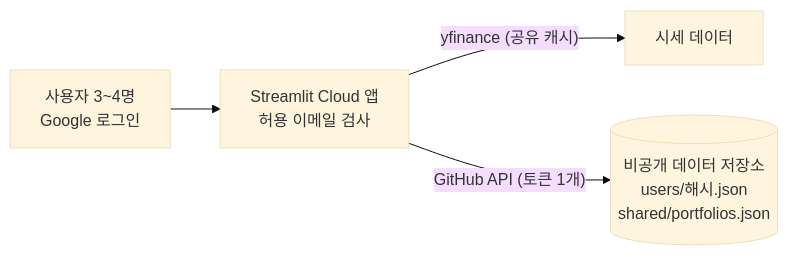
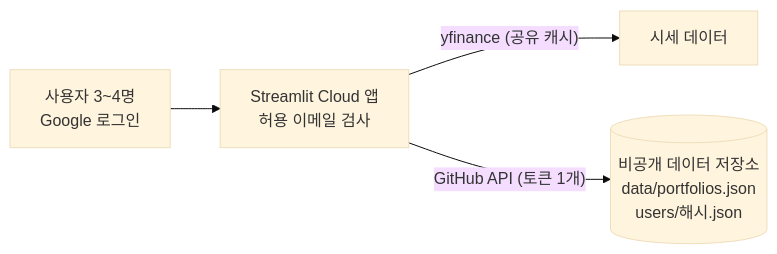
Before and after one commit to leenamkee/quant_portfolio: the diagram in docs/multi-user-plan.md, drawn with Mermaid (base theme). The commit also changed other lines of this file and 9 other files, not shown here.

First line of the commit message:
Add Google login, shared portfolios and per-user holdings

````diff
--- a/docs/multi-user-plan.md
+++ b/docs/multi-user-plan.md
@@ -54,6 +56,6 @@
 ```mermaid
 flowchart LR
   U["사용자 3~4명<br/>Google 로그인"] --> A["Streamlit Cloud 앱<br/>허용 이메일 검사"]
   A -->|"yfinance (공유 캐시)"| Y["시세 데이터"]
-  A -->|"GitHub API (토큰 1개)"| R[("비공개 데이터 저장소<br/>users/해시.json<br/>shared/portfolios.json")]
+  A -->|"GitHub API (토큰 1개)"| R[("비공개 데이터 저장소<br/>data/portfolios.json<br/>users/해시.json")]
 ```
````
